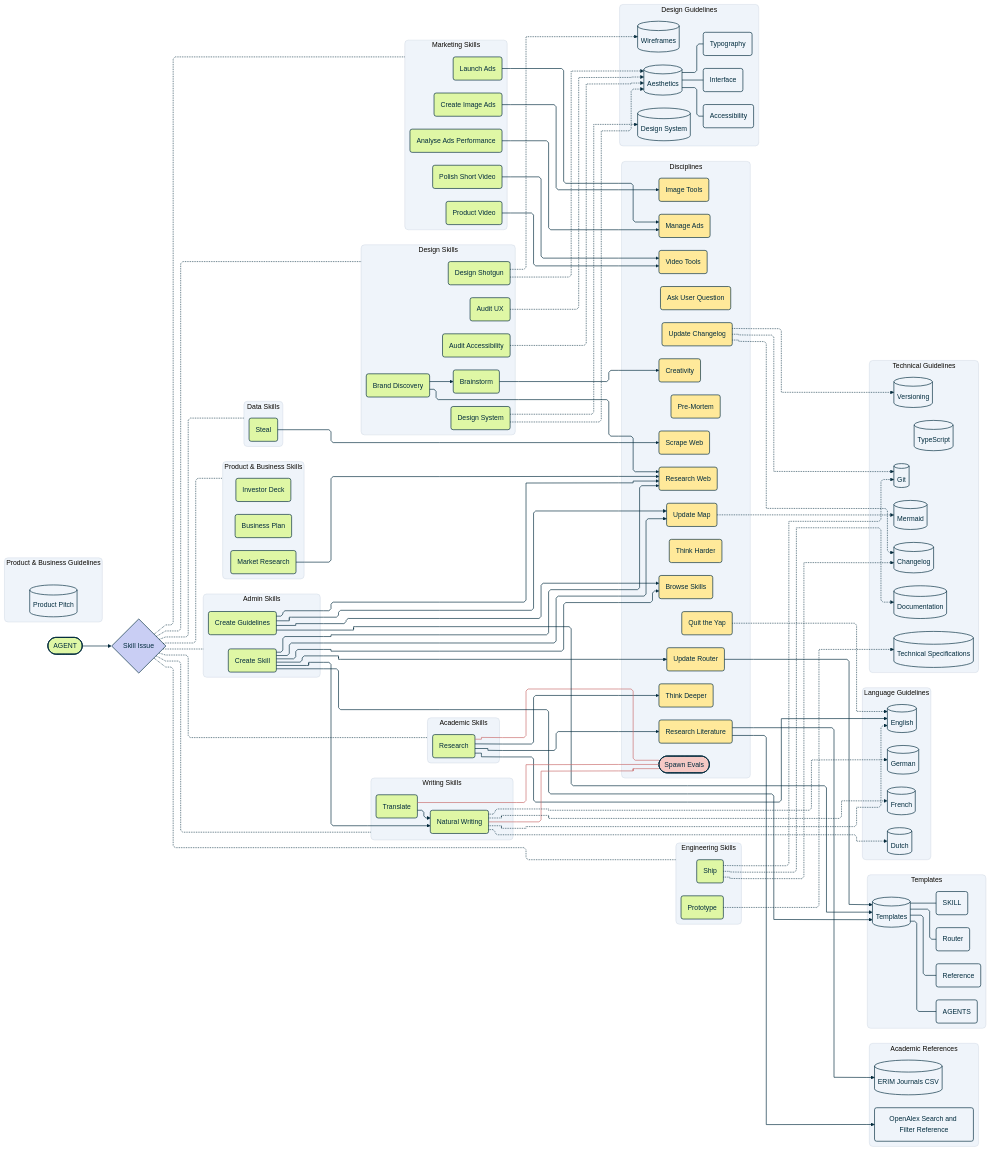
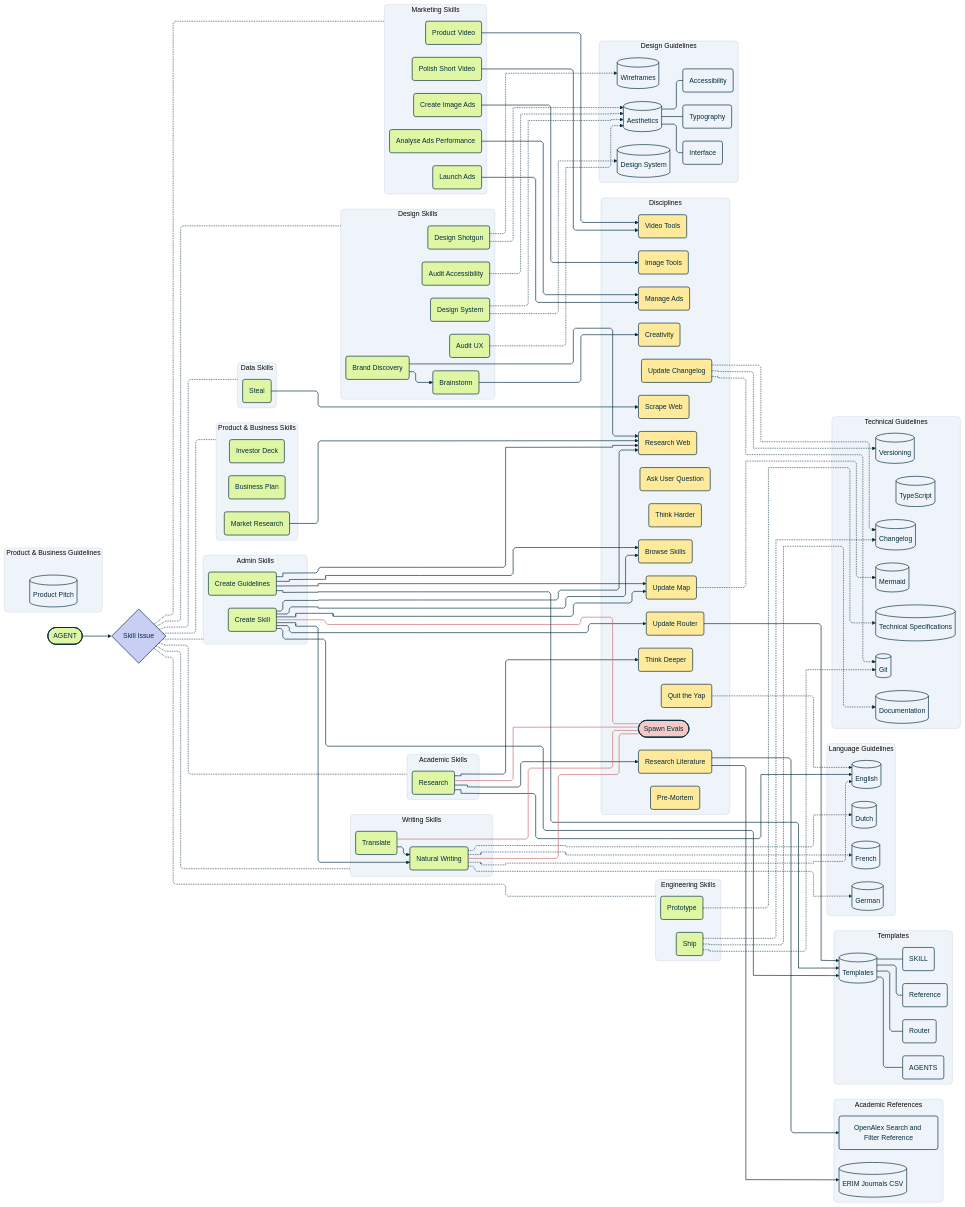
The diagram in map.mmd (josuamittels/agent-stack), drawn with Mermaid before and after one commit. The commit also changed 31 other files, not shown here.

Commit message:
Replace Spawn Evals with objective checks

```diff
--- a/map.mmd
+++ b/map.mmd
@@ -12,10 +12,10 @@
 ---
 %%{init: {"theme": "base", "themeVariables": {"background": "transparent", "clusterBkg": "#EFF4FA", "clusterBorder": "#CBD5E1", "edgeLabelBackground": "transparent", "primaryTextColor": "#002B3D", "lineColor": "#002B3D", "fontFamily": "Fira Code, monospace"}}}%%
 %% Agent is the sole entry point. Green rounded rectangles: skills.
-%% Skill Issue is a decision diamond. Spawn Evals has a coral end node and muted red validation connections without arrowheads.
+%% Skill Issue is a decision diamond. Spawn Evals has a coral end node and muted red objective-check connections without arrowheads.
 %% Yellow rounded rectangles: disciplines. Incoming guideline arrows are dashed; internal guideline connections are plain solid lines.
 %% Think Harder and Ask User Question run by default and have no relationship lines.
-%% Skills that invoke Spawn Evals for validation show a solid line to that discipline.
+%% Skills with meaningful objective checks show runtime and package-preparation links to Spawn Evals.
 %% Gray cylinders: knowledge stores. Gray rounded documents: individual files.
 %% Subgraphs group resources. Connections show organization or source references.
 %% Flow determines columns; prefer short, direct routes with few crossings and bends.
@@ -166,6 +166,7 @@
     create_skill --> browse_skills
     create_skill --> update_map
     create_skill --> update_router
+    create_skill eval_create_skill@--- spawn_evals
     update_router --> templates
     create_guidelines --> templates
     create_guidelines --> research_web
```
